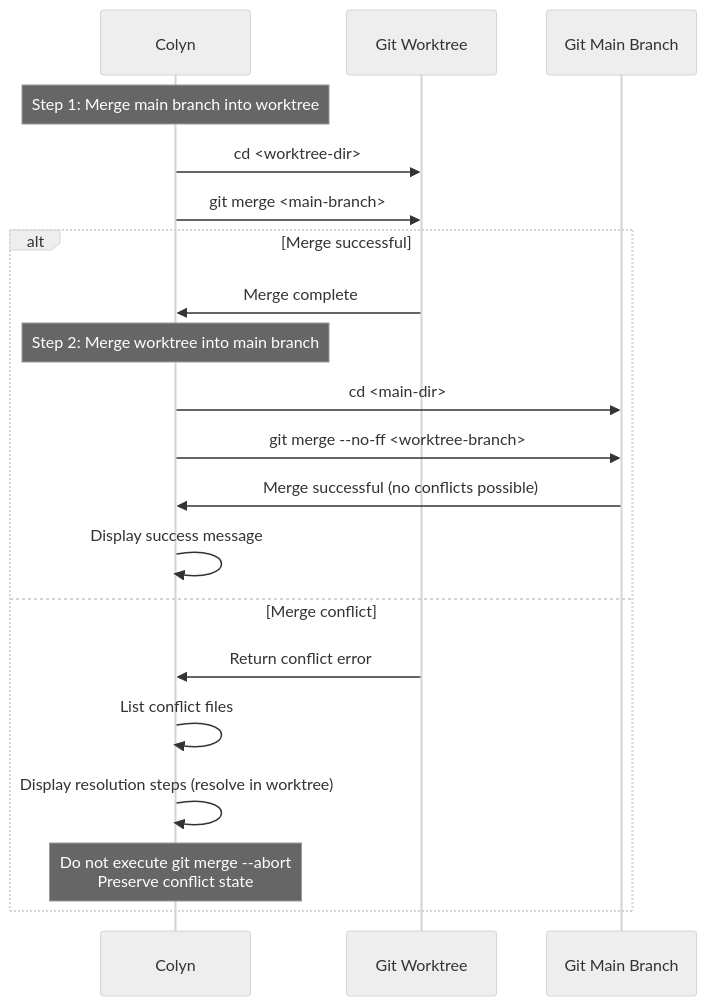
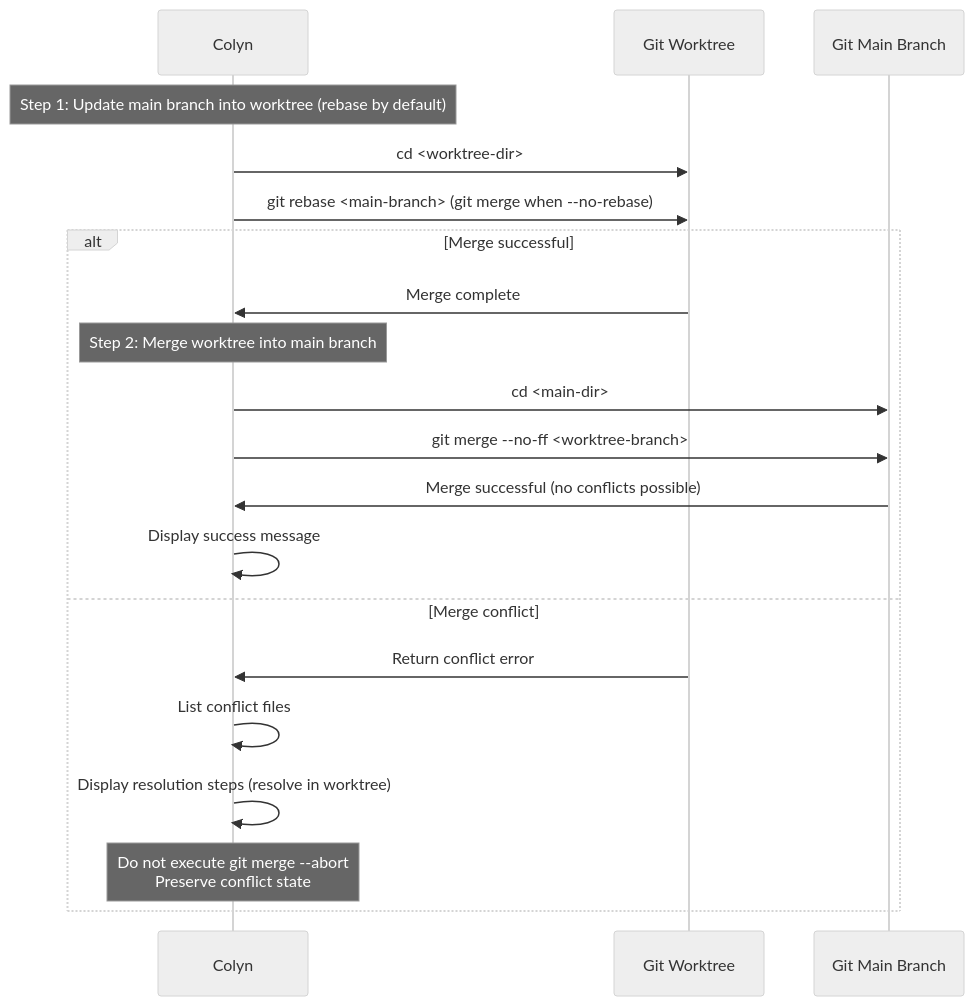
Before and after one commit to colin-han/colyn: the fifth of 7 diagrams in docs/en/develop/design/commands/design-merge-command.md, drawn with Mermaid (neutral theme). The commit also changed other lines of this file and 39 other files, not shown here.

````diff
--- a/docs/en/develop/design/commands/design-merge-command.md
+++ b/docs/en/develop/design/commands/design-merge-command.md
@@ -317,24 +317,24 @@
 ```mermaid
 sequenceDiagram
     participant C as Colyn
     participant WT as Git Worktree
     participant M as Git Main Branch
 
-    Note over C: Step 1: Merge main branch into worktree
+    Note over C: Step 1: Update main branch into worktree (rebase by default)
     C->>WT: cd <worktree-dir>
-    C->>WT: git merge <main-branch>
+    C->>WT: git rebase <main-branch> (git merge when --no-rebase)
 
     alt Merge successful
         WT->>C: Merge complete
         Note over C: Step 2: Merge worktree into main branch
         C->>M: cd <main-dir>
         C->>M: git merge --no-ff <worktree-branch>
         M->>C: Merge successful (no conflicts possible)
         C->>C: Display success message
     else Merge conflict
         WT->>C: Return conflict error
         C->>C: List conflict files
         C->>C: Display resolution steps (resolve in worktree)
         Note over C: Do not execute git merge --abort<br/>Preserve conflict state
     end
 ```
````
